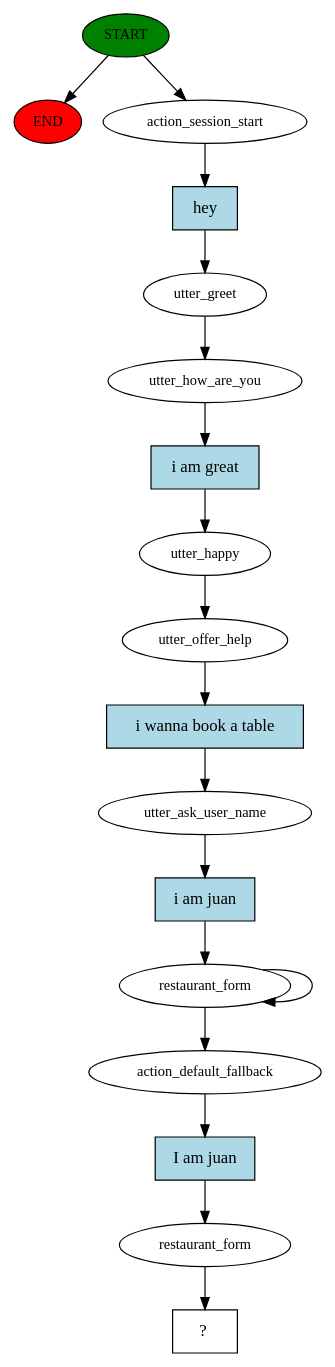
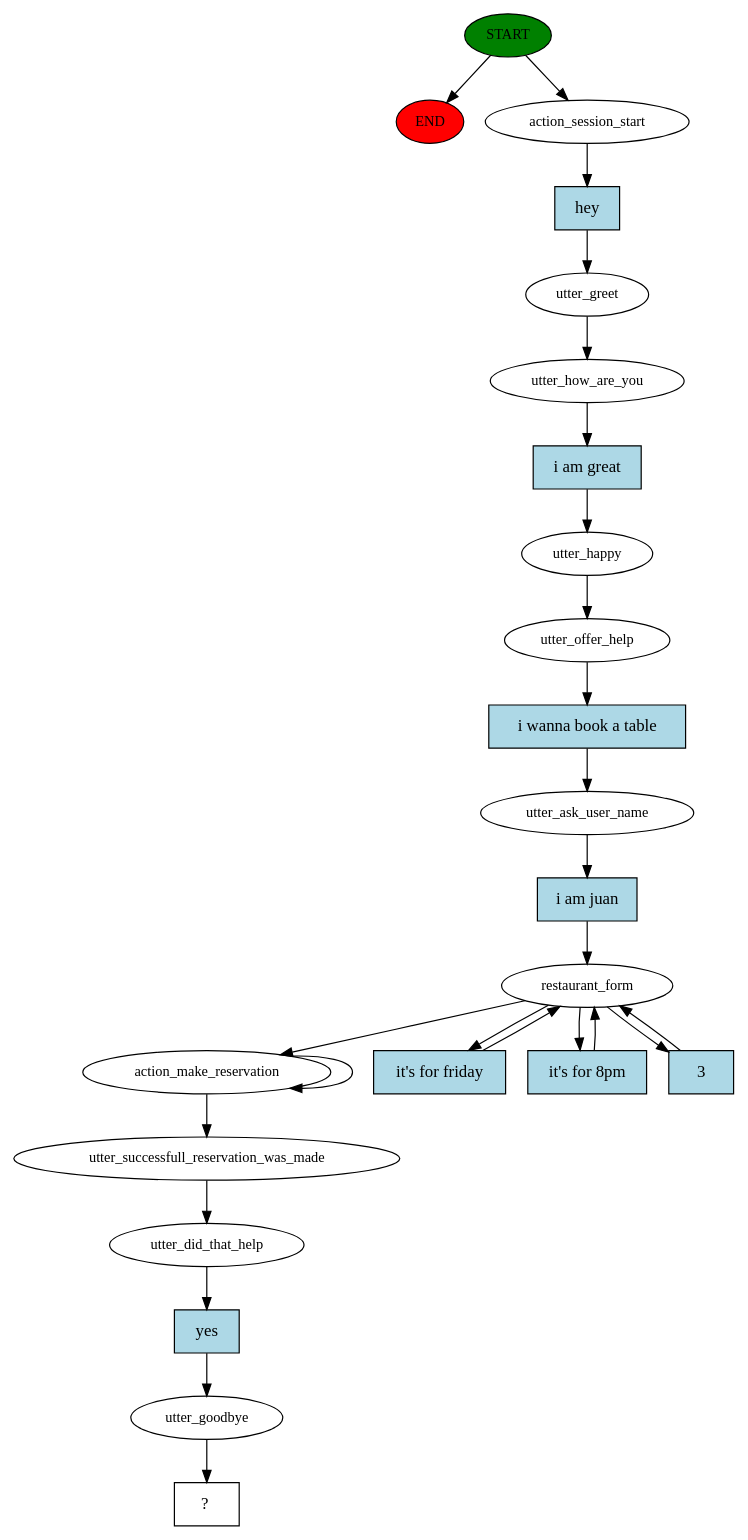
The diagram in ml/chatbot/project/story_graph.dot (valentina1995/wwc), drawn with Graphviz before and after one commit. The commit also changed 90 other files, not shown here.

```diff
--- a/ml/chatbot/project/story_graph.dot
+++ b/ml/chatbot/project/story_graph.dot
@@ -1,36 +1,49 @@
 digraph  {
 0 [class="start active", fillcolor=green, fontsize=12, label=START, style=filled];
 "-1" [class=end, fillcolor=red, fontsize=12, label=END, style=filled];
 1 [class=active, fontsize=12, label=action_session_start];
 2 [class=active, fontsize=12, label=utter_greet];
 3 [class=active, fontsize=12, label=utter_how_are_you];
 4 [class=active, fontsize=12, label=utter_happy];
 5 [class=active, fontsize=12, label=utter_offer_help];
 6 [class=active, fontsize=12, label=utter_ask_user_name];
 7 [class=active, fontsize=12, label=restaurant_form];
-9 [class=active, fontsize=12, label=action_default_fallback];
-10 [class=active, fontsize=12, label=restaurant_form];
-11 [class="intent dashed active", label="  ?  ", shape=rect];
-12 [class="intent active", fillcolor=lightblue, label=hey, shape=rect, style=filled];
-13 [class="intent active", fillcolor=lightblue, label="i am great", shape=rect, style=filled];
-14 [class="intent active", fillcolor=lightblue, label="i wanna book a table", shape=rect, style=filled];
-15 [class="intent active", fillcolor=lightblue, label="i am juan", shape=rect, style=filled];
-16 [class="intent active", fillcolor=lightblue, label="I am juan", shape=rect, style=filled];
+12 [class=active, fontsize=12, label=action_make_reservation];
+14 [class=active, fontsize=12, label=utter_successfull_reservation_was_made];
+15 [class=active, fontsize=12, label=utter_did_that_help];
+16 [class=active, fontsize=12, label=utter_goodbye];
+17 [class="intent dashed active", label="  ?  ", shape=rect];
+18 [class="intent active", fillcolor=lightblue, label=hey, shape=rect, style=filled];
+19 [class="intent active", fillcolor=lightblue, label="i am great", shape=rect, style=filled];
+20 [class="intent active", fillcolor=lightblue, label="i wanna book a table", shape=rect, style=filled];
+21 [class="intent active", fillcolor=lightblue, label="i am juan", shape=rect, style=filled];
+22 [class="intent active", fillcolor=lightblue, label="it's for friday", shape=rect, style=filled];
+23 [class="intent active", fillcolor=lightblue, label="it's for 8pm", shape=rect, style=filled];
+24 [class="intent active", fillcolor=lightblue, label=3, shape=rect, style=filled];
+25 [class="intent active", fillcolor=lightblue, label=yes, shape=rect, style=filled];
 0 -> "-1"  [class="", key=NONE, label=""];
 0 -> 1  [class=active, key=NONE, label=""];
-1 -> 12  [class=active, key=0];
+1 -> 18  [class=active, key=0];
 2 -> 3  [class=active, key=NONE, label=""];
-3 -> 13  [class=active, key=0];
+3 -> 19  [class=active, key=0];
 4 -> 5  [class=active, key=NONE, label=""];
-5 -> 14  [class=active, key=0];
-6 -> 15  [class=active, key=0];
-7 -> 9  [class=active, key=NONE, label=""];
-7 -> 7  [class=active, key=NONE, label=""];
-9 -> 16  [class=active, key=0];
-10 -> 11  [class=active, key=NONE, label=""];
-12 -> 2  [class=active, key=0];
-13 -> 4  [class=active, key=0];
-14 -> 6  [class=active, key=0];
-15 -> 7  [class=active, key=0];
-16 -> 10  [class=active, key=0];
+5 -> 20  [class=active, key=0];
+6 -> 21  [class=active, key=0];
+7 -> 12  [class=active, key=NONE, label=""];
+7 -> 22  [class=active, key=0];
+7 -> 23  [class=active, key=0];
+7 -> 24  [class=active, key=0];
+12 -> 14  [class=active, key=NONE, label=""];
+12 -> 12  [class=active, key=NONE, label=""];
+14 -> 15  [class=active, key=NONE, label=""];
+15 -> 25  [class=active, key=0];
+16 -> 17  [class=active, key=NONE, label=""];
+18 -> 2  [class=active, key=0];
+19 -> 4  [class=active, key=0];
+20 -> 6  [class=active, key=0];
+21 -> 7  [class=active, key=0];
+22 -> 7  [class=active, key=0];
+23 -> 7  [class=active, key=0];
+24 -> 7  [class=active, key=0];
+25 -> 16  [class=active, key=0];
 }
```
